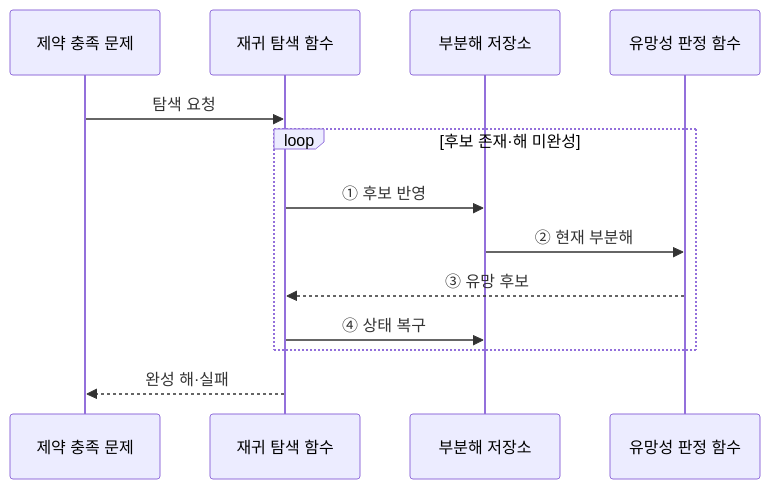
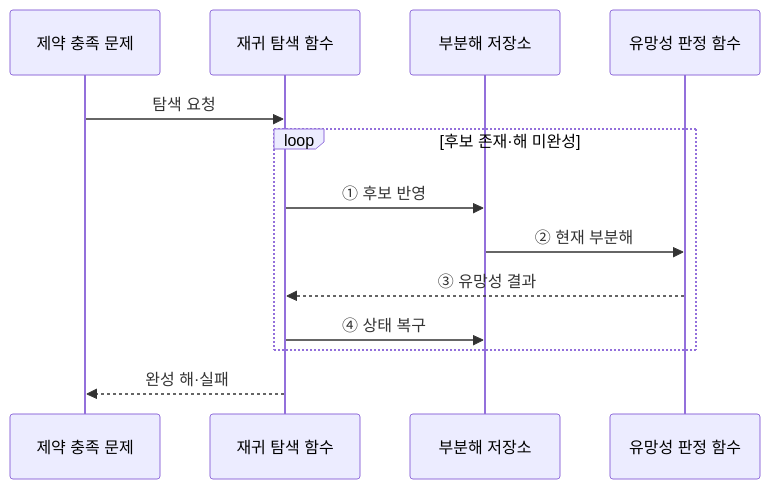
Before and after one commit to agnusdei1207/knowledge-base: the second of 2 diagrams in src/content/docs/notes/01-basic-theory/016_backtracking.md, drawn with Mermaid. The commit also changed other lines of this file and 13 other files, not shown here.

````diff
--- a/src/content/docs/notes/01-basic-theory/016_backtracking.md
+++ b/src/content/docs/notes/01-basic-theory/016_backtracking.md
@@ -93,15 +79,15 @@
 ```mermaid
 sequenceDiagram
     participant Q as 제약 충족 문제
     participant R as 재귀 탐색 함수
     participant P as 부분해 저장소
     participant V as 유망성 판정 함수
     Q->>R: 탐색 요청
     loop 후보 존재·해 미완성
         R->>P: ① 후보 반영
         P->>V: ② 현재 부분해
-        V-->>R: ③ 유망 후보
+        V-->>R: ③ 유망성 결과
         R->>P: ④ 상태 복구
     end
     R-->>Q: 완성 해·실패
 ```
````
